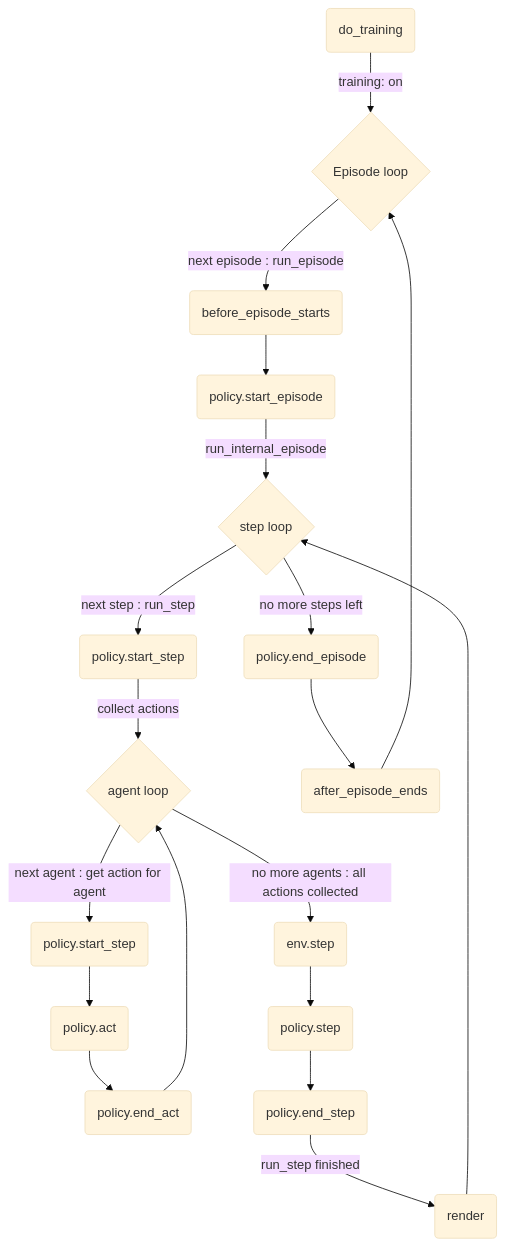
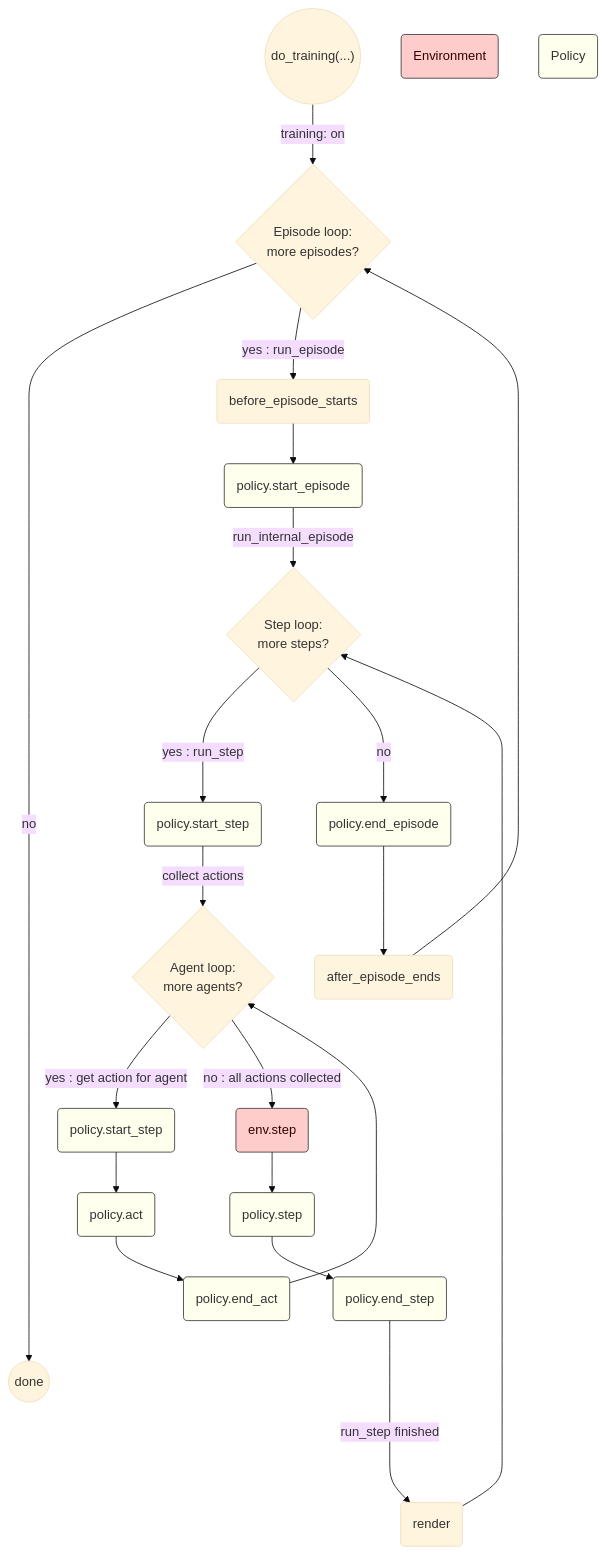
One commit to aiAdrian/flatland_solver_policy changed the second of 2 diagrams in README.md. Above: the diagram before and after it, drawn with Mermaid (base theme).

````diff
--- a/README.md
+++ b/README.md
@@ -32,22 +32,39 @@
 ```mermaid
 flowchart TD
-    B(do_training)
-    B --> |training: on| C{Episode loop}
-    C --> |next episode : run_episode| D1(before_episode_starts)
+    Solver(("do_training(...)"))
+    Solver --> |training: on| C{Episode loop:\n more episodes?}
+    C -------------> |no| End(( done ))
+    C --> |yes : run_episode| D1(before_episode_starts)
     D1 --> D2(policy.start_episode)
-    D2 --> |run_internal_episode| E{step loop}
-    F1 --> |collect actions| G{agent loop}
-    E --> |next step : run_step| F1(policy.start_step)
-    G -->  |next agent : get action for agent| G1(policy.start_step)
+    D2 --> |run_internal_episode| E{Step loop:\n more steps?}
+    F1 --> |collect actions| G{Agent loop:\n more agents?}
+    E ---> |yes : run_step| F1(policy.start_step)
+    G -->  |yes : get action for agent| G1(policy.start_step)
     G1 --> G2(policy.act)
     G2 --> G3(policy.end_act)
     G3 --> G
-    G --> |no more agents : all actions collected|F2(env.step)
+    G --> |no : all actions collected|F2(env.step)
     F2 --> F3(policy.step)
     F3 --> F4(policy.end_step)
-    F5 --> E
+    F5 --> E 
     D5 --> C
-    E --> |no more steps left| D4(policy.end_episode)
+    E ---> |no| D4(policy.end_episode)
     D4 --> D5(after_episode_ends) 
-    F4 --> |run_step finished| F5(render) 
+    F4 ----> |run_step finished| F5(render)
+    
+    Env(Environment)
+    Policy(Policy)
+    
+    style D2 fill:#ffe,stroke:#333,stroke-width:1px 
+    style F1 fill:#ffe,stroke:#333,stroke-width:1px 
+    style D4 fill:#ffe,stroke:#333,stroke-width:1px 
+    style G1 fill:#ffe,stroke:#333,stroke-width:1px 
+    style G2 fill:#ffe,stroke:#333,stroke-width:1px 
+    style G3 fill:#ffe,stroke:#333,stroke-width:1px 
+    style F3 fill:#ffe,stroke:#333,stroke-width:1px 
+    style F4 fill:#ffe,stroke:#333,stroke-width:1px 
+
+    style Policy fill:#ffe,stroke:#333,stroke-width:1px 
+    style F2 fill:#fcc,stroke:#333,stroke-width:1px,color:#300
+    style Env fill:#fcc,stroke:#333,stroke-width:1px,color:#300
 ```
````
